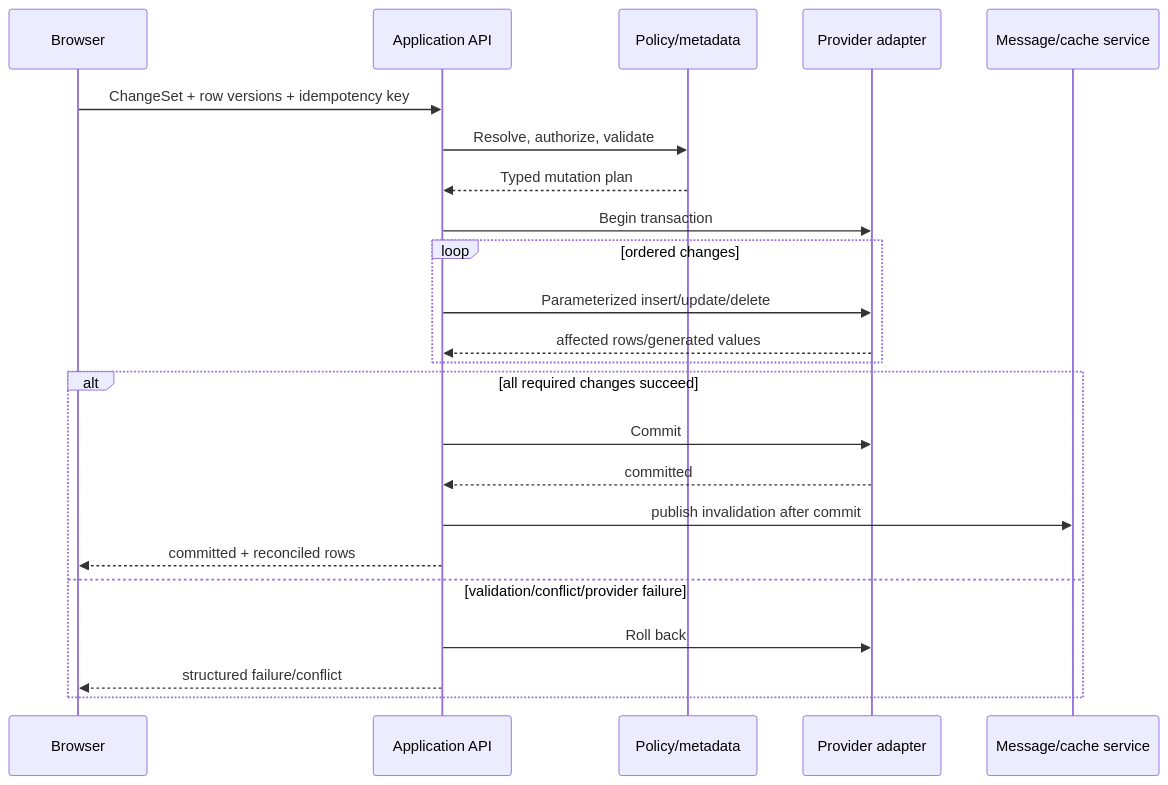
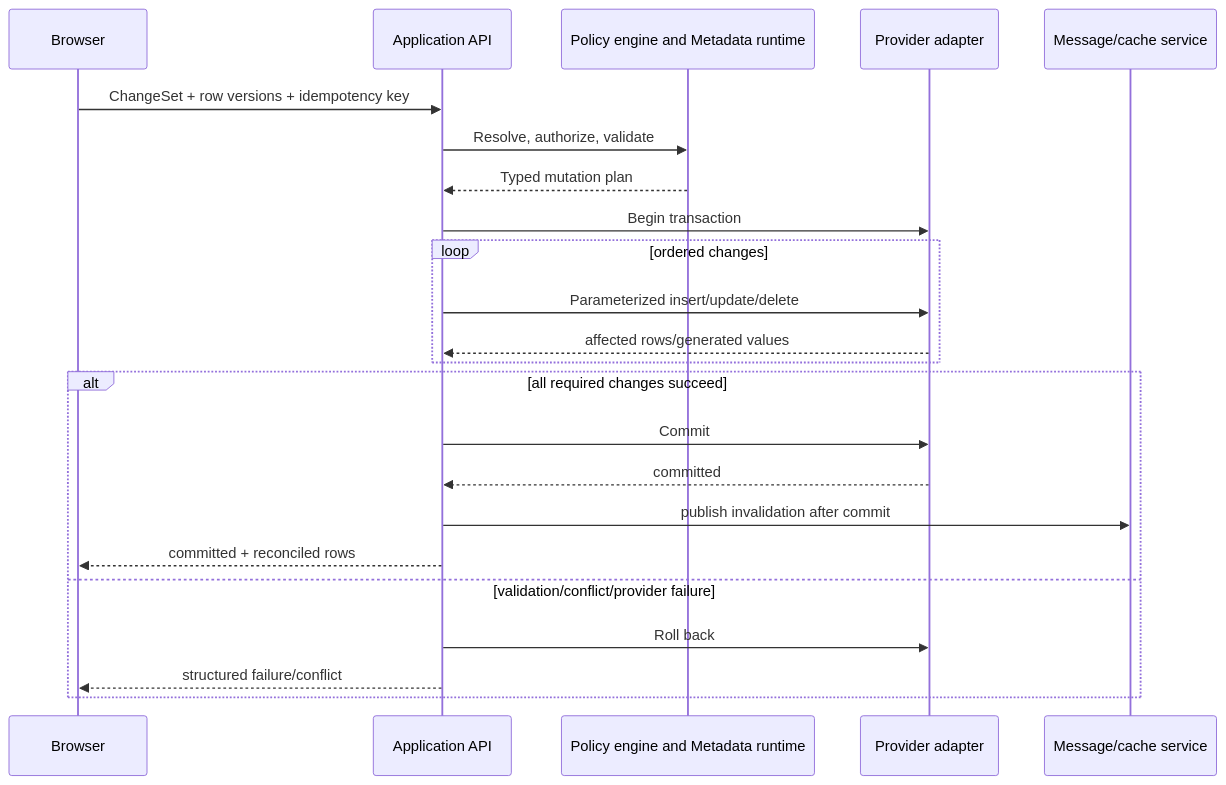
Before and after one commit to mraysmit/annper: the fifth of 6 diagrams in docs/MODERN_WEB_SYSTEM_DESIGN.md, drawn with Mermaid. The commit also changed other lines of this file and 7 other files, not shown here.

````diff
--- a/docs/MODERN_WEB_SYSTEM_DESIGN.md
+++ b/docs/MODERN_WEB_SYSTEM_DESIGN.md
@@ -906,26 +1027,26 @@
 ```mermaid
 sequenceDiagram
     participant B as Browser
     participant A as Application API
-    participant P as Policy/metadata
+    participant P as Policy engine and Metadata runtime
     participant D as Provider adapter
     participant M as Message/cache service
 
     B->>A: ChangeSet + row versions + idempotency key
     A->>P: Resolve, authorize, validate
     P-->>A: Typed mutation plan
     A->>D: Begin transaction
     loop ordered changes
         A->>D: Parameterized insert/update/delete
         D-->>A: affected rows/generated values
     end
     alt all required changes succeed
         A->>D: Commit
         D-->>A: committed
         A->>M: publish invalidation after commit
         A-->>B: committed + reconciled rows
     else validation/conflict/provider failure
         A->>D: Roll back
         A-->>B: structured failure/conflict
     end
 ```
````
